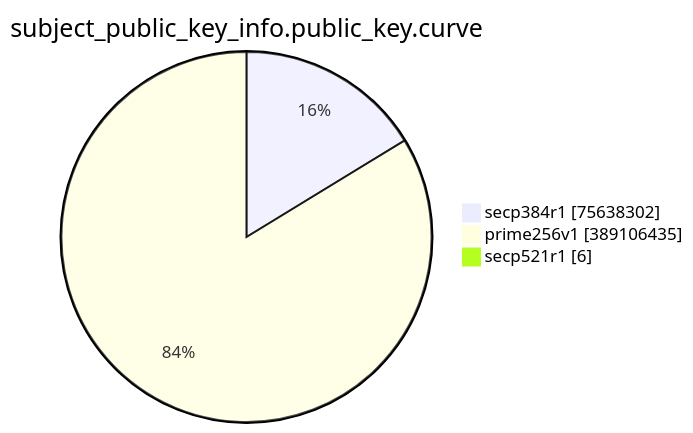
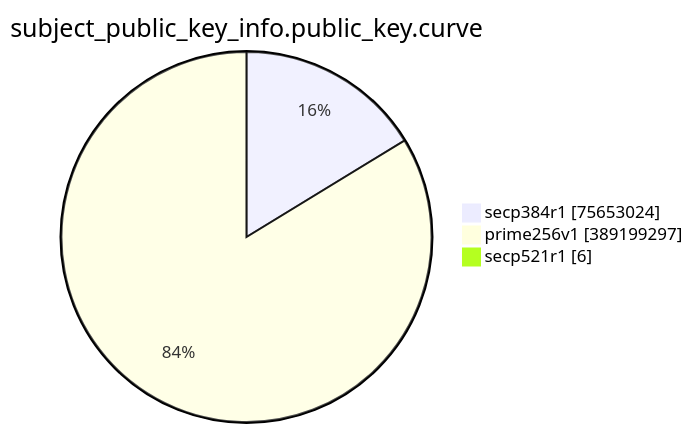
The eighth of 15 diagrams in TOTAL/README.md (christiankrug/ctmonitor_visualization), drawn with Mermaid before and after one commit. The commit also changed other lines of this file, not shown here.

````diff
--- a/TOTAL/README.md
+++ b/TOTAL/README.md
@@ -3094,7 +3094,7 @@
 ```mermaid
 pie showData
 title subject_public_key_info.public_key.curve
-"secp384r1" :75638302
-"prime256v1" :389106435
+"secp384r1" :75653024
+"prime256v1" :389199297
 "secp521r1" :6
 ```
````
